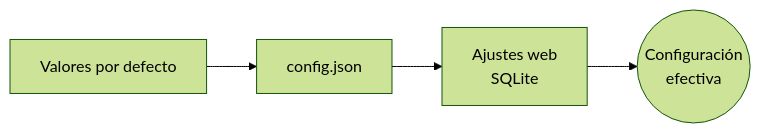
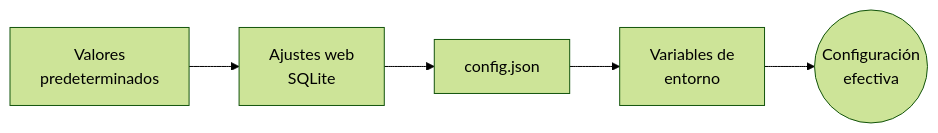
The diagram in docs/administracion/configuracion.md (vsc55/StorageWeb), drawn with Mermaid (forest theme) before and after one commit. The commit also changed other lines of this file and 134 other files, not shown here.

````diff
--- a/docs/administracion/configuracion.md
+++ b/docs/administracion/configuracion.md
@@ -5,4 +5,4 @@
 ```mermaid
 flowchart LR
-    D[Valores por defecto] --> F[config.json] --> W[Ajustes web<br/>SQLite] --> E((Configuración<br/>efectiva))
+    D[Valores<br/>predeterminados] --> W[Ajustes web<br/>SQLite] --> F[config.json] --> V[Variables de<br/>entorno] --> E((Configuración<br/>efectiva))
 ```
````
